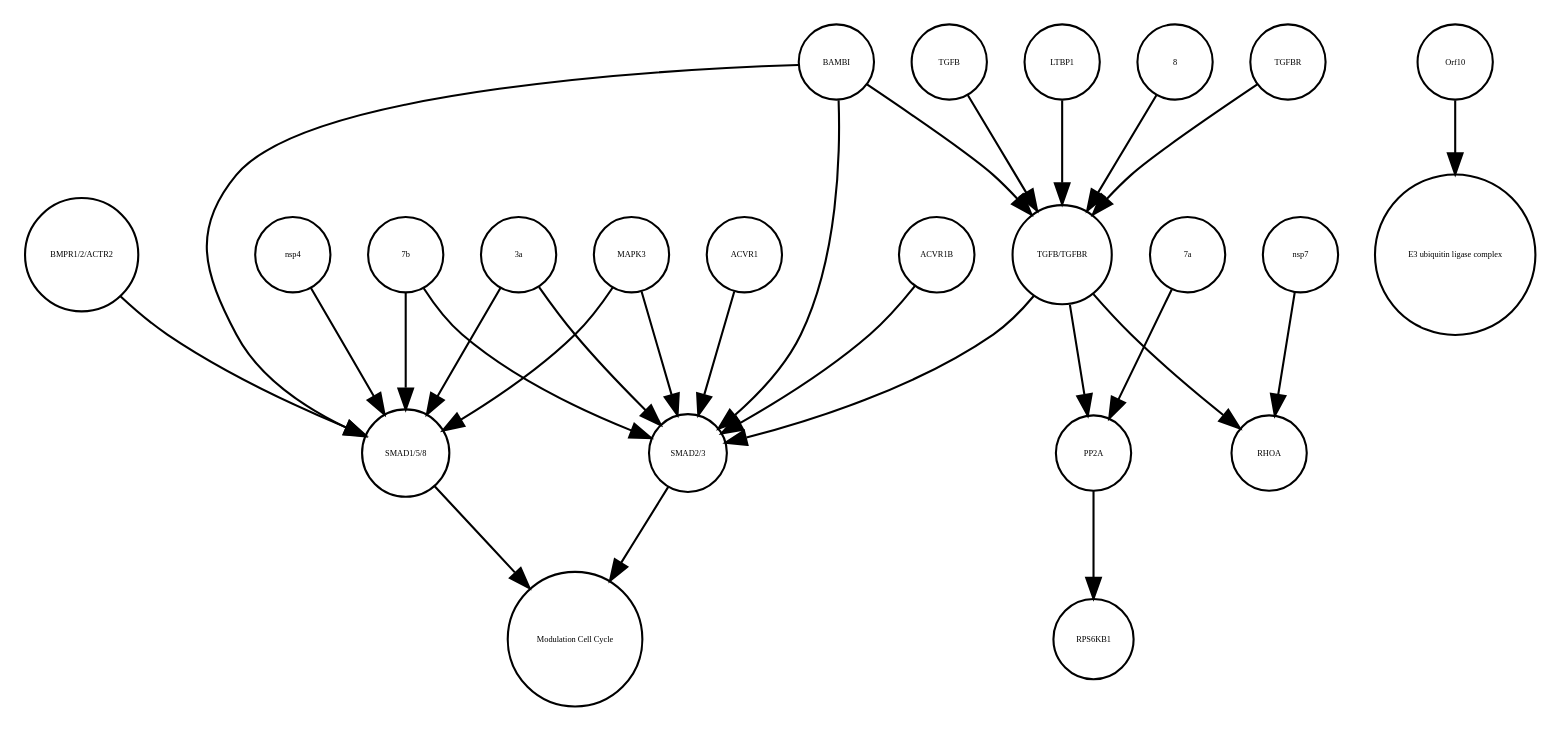
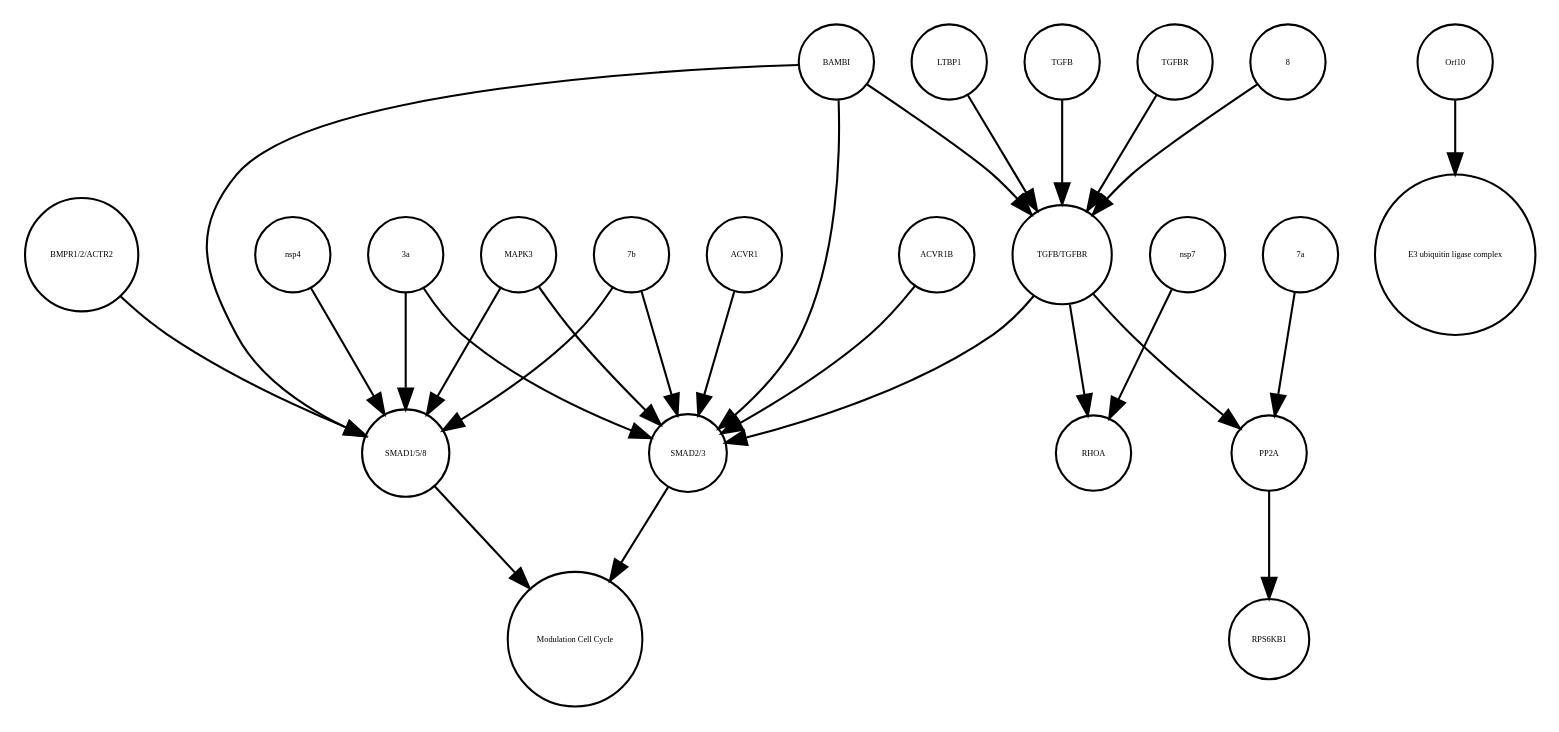
Before and after one commit to cannin/covid19-sbgn: the diagram in TGFB_pathway_stable.xml_projected.dot, drawn with Graphviz. The commit also changed other lines of this file and 572 other files, not shown here.

```diff
--- a/TGFB_pathway_stable.xml_projected.dot
+++ b/TGFB_pathway_stable.xml_projected.dot
@@ -1,51 +1,51 @@
 strict digraph  {
 "SMAD1/5/8" [annotation="", bipartite=0, cls=complex, fontsize=4, label="SMAD1/5/8", shape=circle];
 "Modulation Cell Cycle" [annotation="", bipartite=0, cls=phenotype, fontsize=4, label="Modulation Cell Cycle", shape=circle];
 "SMAD2/3" [annotation="", bipartite=0, cls=complex, fontsize=4, label="SMAD2/3", shape=circle];
+RHOA [annotation="", bipartite=0, cls=macromolecule, fontsize=4, label=RHOA, shape=circle];
+nsp7 [annotation="", bipartite=0, cls=macromolecule, fontsize=4, label=nsp7, shape=circle];
+TGFB [annotation="", bipartite=0, cls=macromolecule, fontsize=4, label=TGFB, shape=circle];
+"3a" [annotation="", bipartite=0, cls=macromolecule, fontsize=4, label="3a", shape=circle];
+"BMPR1/2/ACTR2" [annotation="", bipartite=0, cls=complex, fontsize=4, label="BMPR1/2/ACTR2", shape=circle];
+MAPK3 [annotation="", bipartite=0, cls=macromolecule, fontsize=4, label=MAPK3, shape=circle];
+ACVR1 [annotation="", bipartite=0, cls=macromolecule, fontsize=4, label=ACVR1, shape=circle];
+"7b" [annotation="", bipartite=0, cls=macromolecule, fontsize=4, label="7b", shape=circle];
+TGFBR [annotation="", bipartite=0, cls=complex, fontsize=4, label=TGFBR, shape=circle];
+"E3 ubiquitin ligase complex" [annotation="", bipartite=0, cls=complex, fontsize=4, label="E3 ubiquitin ligase complex", shape=circle];
+PP2A [annotation="", bipartite=0, cls=complex, fontsize=4, label=PP2A, shape=circle];
+8 [annotation="", bipartite=0, cls=macromolecule, fontsize=4, label=8, shape=circle];
+Orf10 [annotation=urn_miriam_ncbiprotein_BCD58762, bipartite=0, cls=macromolecule, fontsize=4, label=Orf10, shape=circle];
+BAMBI [annotation="", bipartite=0, cls=macromolecule, fontsize=4, label=BAMBI, shape=circle];
+nsp4 [annotation="", bipartite=0, cls=macromolecule, fontsize=4, label=nsp4, shape=circle];
+LTBP1 [annotation="", bipartite=0, cls=macromolecule, fontsize=4, label=LTBP1, shape=circle];
+ACVR1B [annotation="", bipartite=0, cls=macromolecule, fontsize=4, label=ACVR1B, shape=circle];
+RPS6KB1 [annotation="", bipartite=0, cls=macromolecule, fontsize=4, label=RPS6KB1, shape=circle];
 "TGFB/TGFBR" [annotation="", bipartite=0, cls=complex, fontsize=4, label="TGFB/TGFBR", shape=circle];
-"7b" [annotation="", bipartite=0, cls=macromolecule, fontsize=4, label="7b", shape=circle];
-PP2A [annotation="", bipartite=0, cls=complex, fontsize=4, label=PP2A, shape=circle];
-RHOA [annotation="", bipartite=0, cls=macromolecule, fontsize=4, label=RHOA, shape=circle];
-"E3 ubiquitin ligase complex" [annotation="", bipartite=0, cls=complex, fontsize=4, label="E3 ubiquitin ligase complex", shape=circle];
 "7a" [annotation="", bipartite=0, cls=macromolecule, fontsize=4, label="7a", shape=circle];
-"3a" [annotation="", bipartite=0, cls=macromolecule, fontsize=4, label="3a", shape=circle];
-LTBP1 [annotation="", bipartite=0, cls=macromolecule, fontsize=4, label=LTBP1, shape=circle];
-RPS6KB1 [annotation="", bipartite=0, cls=macromolecule, fontsize=4, label=RPS6KB1, shape=circle];
-"BMPR1/2/ACTR2" [annotation="", bipartite=0, cls=complex, fontsize=4, label="BMPR1/2/ACTR2", shape=circle];
-ACVR1 [annotation="", bipartite=0, cls=macromolecule, fontsize=4, label=ACVR1, shape=circle];
-MAPK3 [annotation="", bipartite=0, cls=macromolecule, fontsize=4, label=MAPK3, shape=circle];
-8 [annotation="", bipartite=0, cls=macromolecule, fontsize=4, label=8, shape=circle];
-BAMBI [annotation="", bipartite=0, cls=macromolecule, fontsize=4, label=BAMBI, shape=circle];
-nsp7 [annotation="", bipartite=0, cls=macromolecule, fontsize=4, label=nsp7, shape=circle];
-ACVR1B [annotation="", bipartite=0, cls=macromolecule, fontsize=4, label=ACVR1B, shape=circle];
-TGFBR [annotation="", bipartite=0, cls=complex, fontsize=4, label=TGFBR, shape=circle];
-TGFB [annotation="", bipartite=0, cls=macromolecule, fontsize=4, label=TGFB, shape=circle];
-Orf10 [annotation=urn_miriam_ncbiprotein_BCD58762, bipartite=0, cls=macromolecule, fontsize=4, label=Orf10, shape=circle];
-nsp4 [annotation="", bipartite=0, cls=macromolecule, fontsize=4, label=nsp4, shape=circle];
 "SMAD1/5/8" -> "Modulation Cell Cycle"  [annotation="", interaction_type=stimulation];
 "SMAD2/3" -> "Modulation Cell Cycle"  [annotation="", interaction_type=stimulation];
-"TGFB/TGFBR" -> RHOA  [annotation="urn_miriam_doi_10.1101%2F2020.06.17.156455", interaction_type=stimulation];
-"TGFB/TGFBR" -> PP2A  [annotation="urn_miriam_doi_10.1101%2F2020.03.31.019216", interaction_type=stimulation];
-"TGFB/TGFBR" -> "SMAD2/3"  [annotation="urn_miriam_doi_10.1101%2F2020.06.17.156455", interaction_type=stimulation];
+nsp7 -> RHOA  [annotation="urn_miriam_doi_10.1101%2F2020.06.17.156455", interaction_type=stimulation];
+TGFB -> "TGFB/TGFBR"  [annotation="", interaction_type=production];
+"3a" -> "SMAD2/3"  [annotation="urn_miriam_doi_10.1101%2F2020.06.17.156455", interaction_type=stimulation];
+"3a" -> "SMAD1/5/8"  [annotation="urn_miriam_doi_10.1101%2F2020.06.17.156455", interaction_type=stimulation];
+"BMPR1/2/ACTR2" -> "SMAD1/5/8"  [annotation="urn_miriam_doi_10.1101%2F2020.06.17.156455", interaction_type=catalysis];
+MAPK3 -> "SMAD2/3"  [annotation="urn_miriam_doi_10.1101%2F2020.06.17.156455", interaction_type=inhibition];
+MAPK3 -> "SMAD1/5/8"  [annotation="urn_miriam_doi_10.1101%2F2020.06.17.156455", interaction_type=inhibition];
+ACVR1 -> "SMAD2/3"  [annotation="urn_miriam_doi_10.1101%2F2020.06.17.156455", interaction_type=catalysis];
+"7b" -> "SMAD2/3"  [annotation="urn_miriam_doi_10.1101%2F2020.06.17.156455", interaction_type=stimulation];
 "7b" -> "SMAD1/5/8"  [annotation="urn_miriam_doi_10.1101%2F2020.06.17.156455", interaction_type=stimulation];
-"7b" -> "SMAD2/3"  [annotation="urn_miriam_doi_10.1101%2F2020.06.17.156455", interaction_type=stimulation];
+TGFBR -> "TGFB/TGFBR"  [annotation="", interaction_type=production];
 PP2A -> RPS6KB1  [annotation="", interaction_type=catalysis];
-"7a" -> PP2A  [annotation="urn_miriam_doi_10.1101%2F2020.03.31.019216", interaction_type=stimulation];
-"3a" -> "SMAD1/5/8"  [annotation="urn_miriam_doi_10.1101%2F2020.06.17.156455", interaction_type=stimulation];
-"3a" -> "SMAD2/3"  [annotation="urn_miriam_doi_10.1101%2F2020.06.17.156455", interaction_type=stimulation];
-LTBP1 -> "TGFB/TGFBR"  [annotation="urn_miriam_doi_10.1101%2F2020.06.17.156455", interaction_type=inhibition];
-"BMPR1/2/ACTR2" -> "SMAD1/5/8"  [annotation="urn_miriam_doi_10.1101%2F2020.06.17.156455", interaction_type=catalysis];
-ACVR1 -> "SMAD2/3"  [annotation="urn_miriam_doi_10.1101%2F2020.06.17.156455", interaction_type=catalysis];
-MAPK3 -> "SMAD1/5/8"  [annotation="urn_miriam_doi_10.1101%2F2020.06.17.156455", interaction_type=inhibition];
-MAPK3 -> "SMAD2/3"  [annotation="urn_miriam_doi_10.1101%2F2020.06.17.156455", interaction_type=inhibition];
 8 -> "TGFB/TGFBR"  [annotation="urn_miriam_doi_10.1101%2F2020.06.17.156455", interaction_type=stimulation];
+Orf10 -> "E3 ubiquitin ligase complex"  [annotation="", interaction_type=production];
+BAMBI -> "SMAD2/3"  [annotation="urn_miriam_doi_10.1101%2F2020.06.17.156455", interaction_type=inhibition];
 BAMBI -> "TGFB/TGFBR"  [annotation="urn_miriam_doi_10.1101%2F2020.06.17.156455", interaction_type=inhibition];
 BAMBI -> "SMAD1/5/8"  [annotation="urn_miriam_doi_10.1101%2F2020.06.17.156455", interaction_type=inhibition];
-BAMBI -> "SMAD2/3"  [annotation="urn_miriam_doi_10.1101%2F2020.06.17.156455", interaction_type=inhibition];
-nsp7 -> RHOA  [annotation="urn_miriam_doi_10.1101%2F2020.06.17.156455", interaction_type=stimulation];
+nsp4 -> "SMAD1/5/8"  [annotation="urn_miriam_doi_10.1101%2F2020.06.17.156455", interaction_type=stimulation];
+LTBP1 -> "TGFB/TGFBR"  [annotation="urn_miriam_doi_10.1101%2F2020.06.17.156455", interaction_type=inhibition];
 ACVR1B -> "SMAD2/3"  [annotation="urn_miriam_doi_10.1101%2F2020.06.17.156455", interaction_type=catalysis];
-TGFBR -> "TGFB/TGFBR"  [annotation="", interaction_type=production];
-TGFB -> "TGFB/TGFBR"  [annotation="", interaction_type=production];
-Orf10 -> "E3 ubiquitin ligase complex"  [annotation="", interaction_type=production];
-nsp4 -> "SMAD1/5/8"  [annotation="urn_miriam_doi_10.1101%2F2020.06.17.156455", interaction_type=stimulation];
+"TGFB/TGFBR" -> RHOA  [annotation="urn_miriam_doi_10.1101%2F2020.06.17.156455", interaction_type=stimulation];
+"TGFB/TGFBR" -> "SMAD2/3"  [annotation="urn_miriam_doi_10.1101%2F2020.06.17.156455", interaction_type=stimulation];
+"TGFB/TGFBR" -> PP2A  [annotation="urn_miriam_doi_10.1101%2F2020.03.31.019216", interaction_type=stimulation];
+"7a" -> PP2A  [annotation="urn_miriam_doi_10.1101%2F2020.03.31.019216", interaction_type=stimulation];
 }
```
